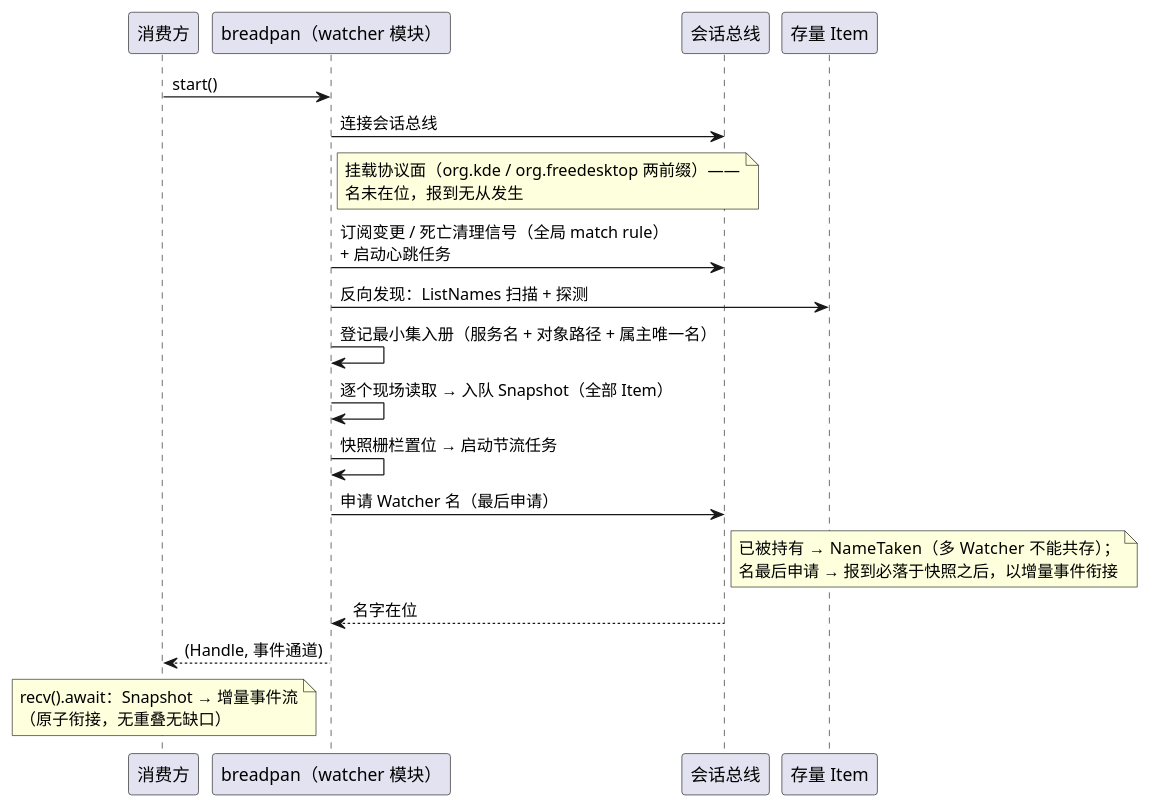
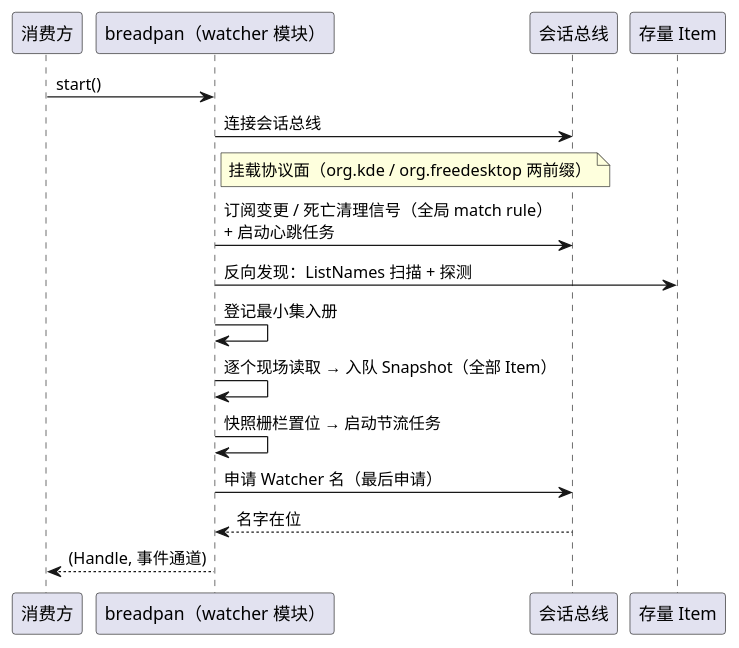
The diagram in breadpan/diagram/breadpan-startup.puml (54m43lJ/BreadKnife), drawn with PlantUML before and after one commit. The commit also changed 10 other files, not shown here.

First line of the commit message:
docs(breadpan): CODE 通用约定章置空（引用改链 ARCHITECTURE §2）；五图与 ARCH 正文去重并重导出

```diff
--- a/breadpan/diagram/breadpan-startup.puml
+++ b/breadpan/diagram/breadpan-startup.puml
@@ -1,29 +1,20 @@
 @startuml breadpan-startup
 participant 消费方
 participant "breadpan（watcher 模块）" as bp
 participant 会话总线
 participant "存量 Item" as item
 
 消费方 -> bp: start()
 bp -> 会话总线: 连接会话总线
 note right of bp
-  挂载协议面（org.kde / org.freedesktop 两前缀）——
-  名未在位，报到无从发生
+  挂载协议面（org.kde / org.freedesktop 两前缀）
 end note
 bp -> 会话总线: 订阅变更 / 死亡清理信号（全局 match rule）\n+ 启动心跳任务
 bp -> item: 反向发现：ListNames 扫描 + 探测
-bp -> bp: 登记最小集入册（服务名 + 对象路径 + 属主唯一名）
+bp -> bp: 登记最小集入册
 bp -> bp: 逐个现场读取 → 入队 Snapshot（全部 Item）
 bp -> bp: 快照栅栏置位 → 启动节流任务
 bp -> 会话总线: 申请 Watcher 名（最后申请）
-note right of 会话总线
-  已被持有 → NameTaken（多 Watcher 不能共存）；
-  名最后申请 → 报到必落于快照之后，以增量事件衔接
-end note
 会话总线 --> bp: 名字在位
 消费方 <-- bp: (Handle, 事件通道)
-note over 消费方
-  recv().await：Snapshot → 增量事件流
-  （原子衔接，无重叠无缺口）
-end note
 @enduml
```
